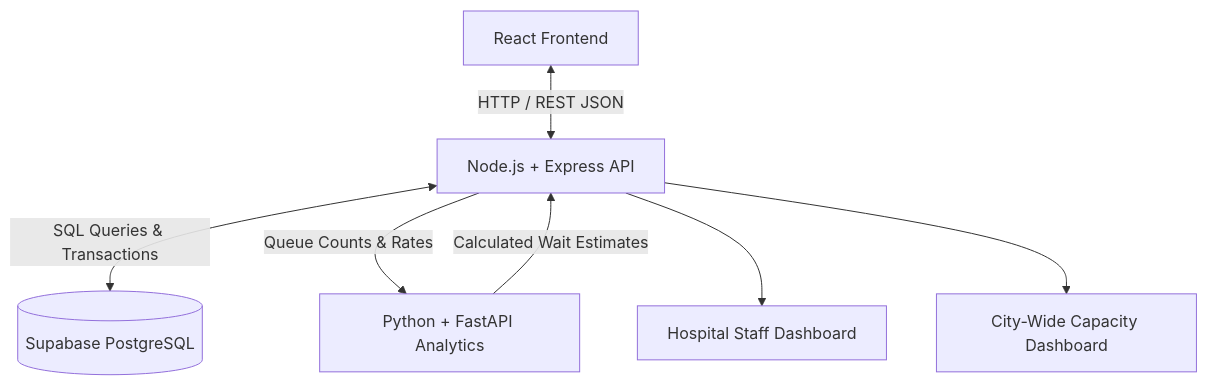
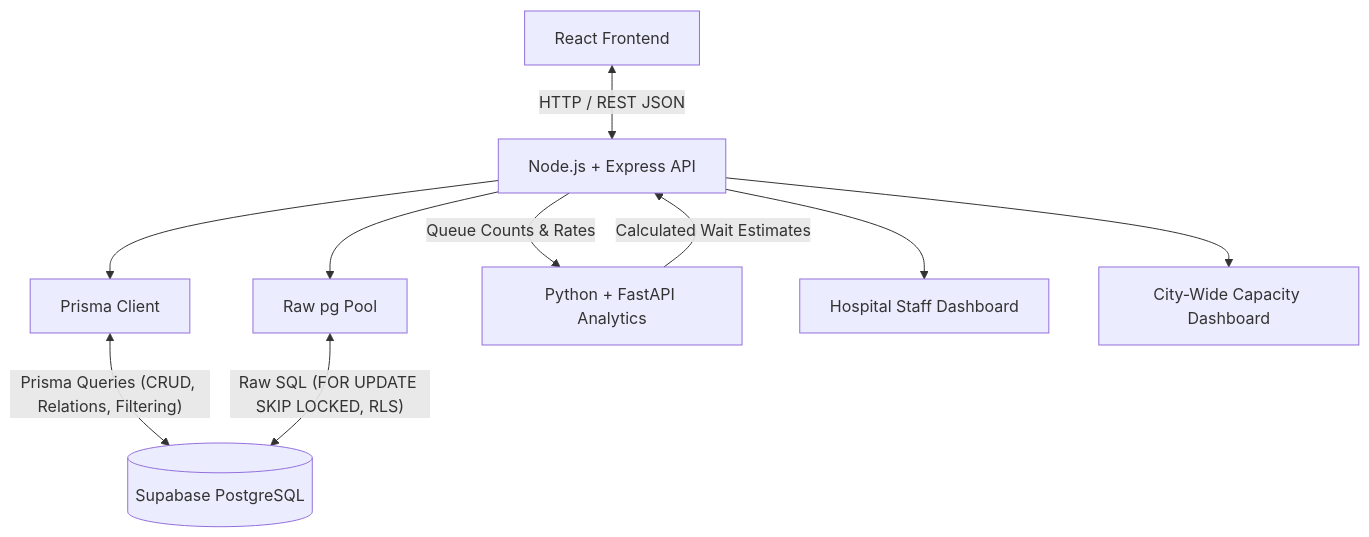
The third of 9 diagrams in documentation/Hospital_Management_System_Proposal.md (Ar1es-XD/AP-Project), drawn with Mermaid before and after one commit. The commit also changed other lines of this file and 1 other file, not shown here.

````diff
--- a/documentation/Hospital_Management_System_Proposal.md
+++ b/documentation/Hospital_Management_System_Proposal.md
@@ -200,16 +478,21 @@
 ```mermaid
 flowchart TD
-    A[React Frontend]
-    B[Node.js + Express API]
-    C[(Supabase PostgreSQL)]
-    D[Python + FastAPI Analytics]
-    E[Hospital Staff Dashboard]
-    F[City-Wide Capacity Dashboard]
+    A["React Frontend"]
+    B["Node.js + Express API"]
+    P["Prisma Client"]
+    R["Raw pg Pool"]
+    C[("Supabase PostgreSQL")]
+    D["Python + FastAPI Analytics"]
+    E["Hospital Staff Dashboard"]
+    F["City-Wide Capacity Dashboard"]
 
-    A <-->|HTTP / REST JSON| B
-    B <-->|SQL Queries & Transactions| C
-    B -->|Queue Counts & Rates| D
-    D -->|Calculated Wait Estimates| B
+    A <-->|"HTTP / REST JSON"| B
+    B --> P
+    B --> R
+    P <-->|"Prisma Queries (CRUD, Relations, Filtering)"| C
+    R <-->|"Raw SQL (FOR UPDATE SKIP LOCKED, RLS)"| C
+    B -->|"Queue Counts & Rates"| D
+    D -->|"Calculated Wait Estimates"| B
     B --> E
     B --> F
 ```
````
